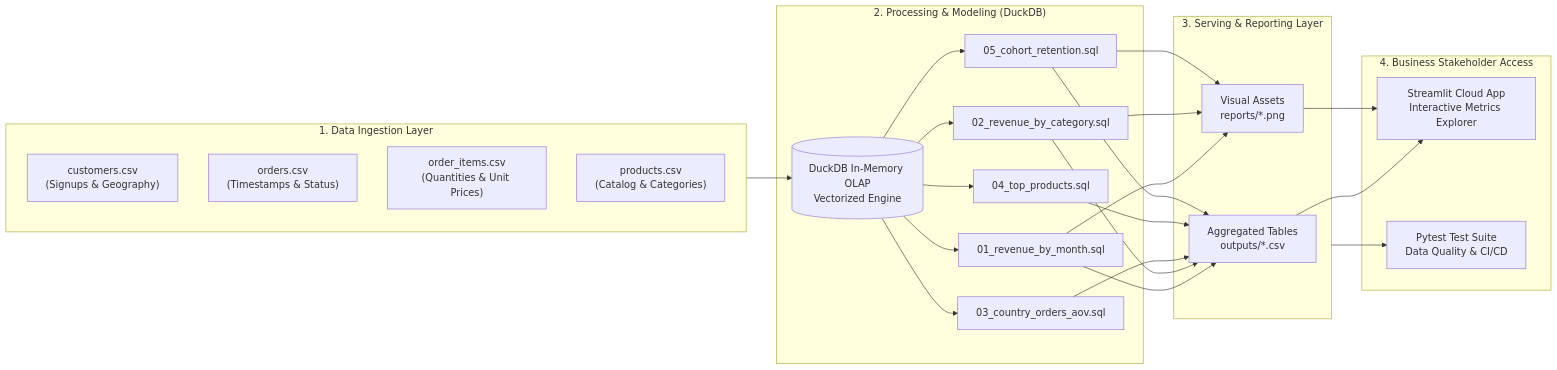
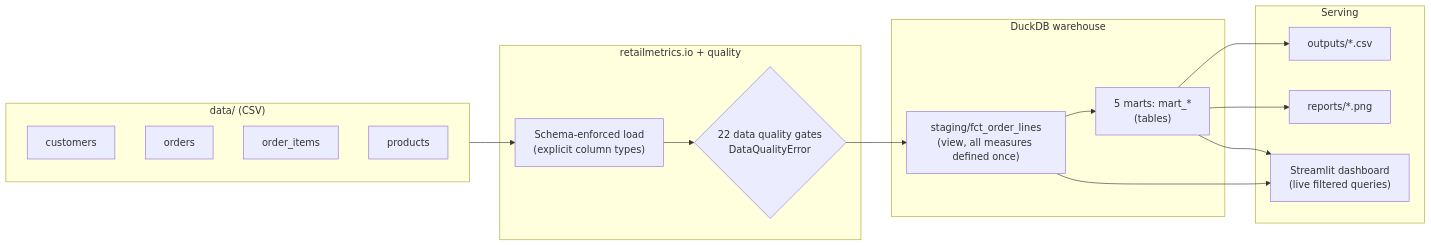
One commit to lllexalllepexa/portfolio-retailmetrics changed the diagram in README.md. Above: the diagram before and after it, drawn with Mermaid. The commit also changed other lines of this file and 43 other files, not shown here.

Commit message:
refactor: implement audit recommendations, staging layer, and data quality gates

````diff
--- a/README.md
+++ b/README.md
@@ -86,36 +95,22 @@
 ```mermaid
 flowchart LR
-    subgraph RawData ["1. Data Ingestion Layer"]
-        C["customers.csv<br/>(Signups & Geography)"]
-        O["orders.csv<br/>(Timestamps & Status)"]
-        OI["order_items.csv<br/>(Quantities & Unit Prices)"]
-        P["products.csv<br/>(Catalog & Categories)"]
+    subgraph Raw["data/ (CSV)"]
+        C[customers] & O[orders] & OI[order_items] & P[products]
     end
-
-    subgraph OLAPEngine ["2. Processing & Modeling (DuckDB)"]
-        DDB[("DuckDB In-Memory OLAP<br/>Vectorized Engine")]
-        SQL1["01_revenue_by_month.sql"]
-        SQL2["02_revenue_by_category.sql"]
-        SQL3["03_country_orders_aov.sql"]
-        SQL4["04_top_products.sql"]
-        SQL5["05_cohort_retention.sql"]
+    subgraph Load["retailmetrics.io + quality"]
+        L["Schema-enforced load<br/>(explicit column types)"]
+        Q{"22 data quality gates<br/>DataQualityError"}
     end
-
-    subgraph Outputs ["3. Serving & Reporting Layer"]
-        CSVOut["Aggregated Tables<br/>outputs/*.csv"]
-        Charts["Visual Assets<br/>reports/*.png"]
+    subgraph Model["DuckDB warehouse"]
+        S["staging/fct_order_lines<br/>(view, all measures defined once)"]
+        M["5 marts: mart_*<br/>(tables)"]
     end
-
-    subgraph Presentation ["4. Business Stakeholder Access"]
-        Streamlit["Streamlit Cloud App<br/>Interactive Metrics Explorer"]
-        Pytest["Pytest Test Suite<br/>Data Quality & CI/CD"]
+    subgraph Serve["Serving"]
+        CSV["outputs/*.csv"]
+        PNG["reports/*.png"]
+        APP["Streamlit dashboard<br/>(live filtered queries)"]
     end
-
-    RawData --> DDB
-    DDB --> SQL1 & SQL2 & SQL3 & SQL4 & SQL5
-    SQL1 & SQL2 & SQL3 & SQL4 & SQL5 --> CSVOut
-    SQL1 & SQL2 & SQL5 --> Charts
-    CSVOut --> Streamlit
-    Charts --> Streamlit
-    Outputs --> Pytest
+    Raw --> L --> Q --> S --> M
+    M --> CSV & PNG
+    S & M --> APP
 ```
````
